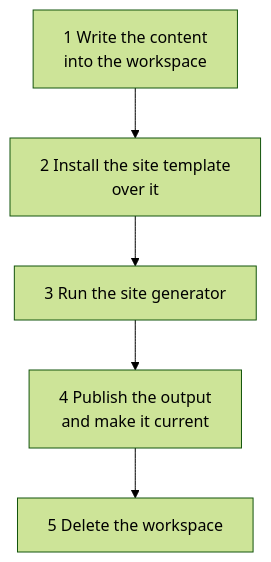
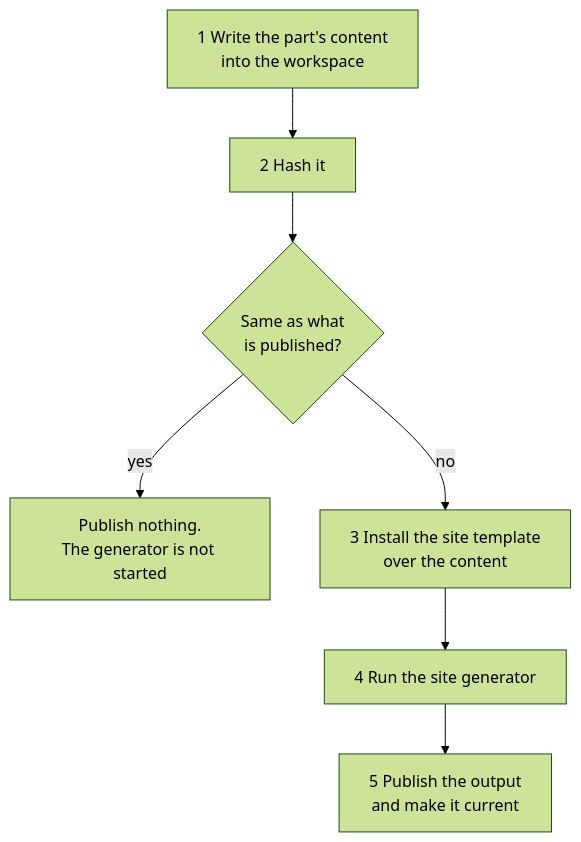
One commit to jeap-admin-ch/jeap-doc-service changed the diagram in docs/generation.md. Above: the diagram before and after it, drawn with Mermaid (forest theme). The commit also changed other lines of this file and 226 other files, not shown here.

````diff
--- a/docs/generation.md
+++ b/docs/generation.md
@@ -15,7 +31,9 @@
 ```mermaid
 flowchart TB
-    Content[1 Write the content<br/>into the workspace] --> Template[2 Install the site template<br/>over it]
-    Template --> Generate[3 Run the site generator]
-    Generate --> Publish[4 Publish the output<br/>and make it current]
-    Publish --> Clean[5 Delete the workspace]
+    Content[1 Write the part's content<br/>into the workspace] --> Digest[2 Hash it]
+    Digest --> Same{Same as what<br/>is published?}
+    Same -->|yes| Skip[Publish nothing.<br/>The generator is not started]
+    Same -->|no| Template[3 Install the site template<br/>over the content]
+    Template --> Generate[4 Run the site generator]
+    Generate --> Publish[5 Publish the output<br/>and make it current]
 ```
````
